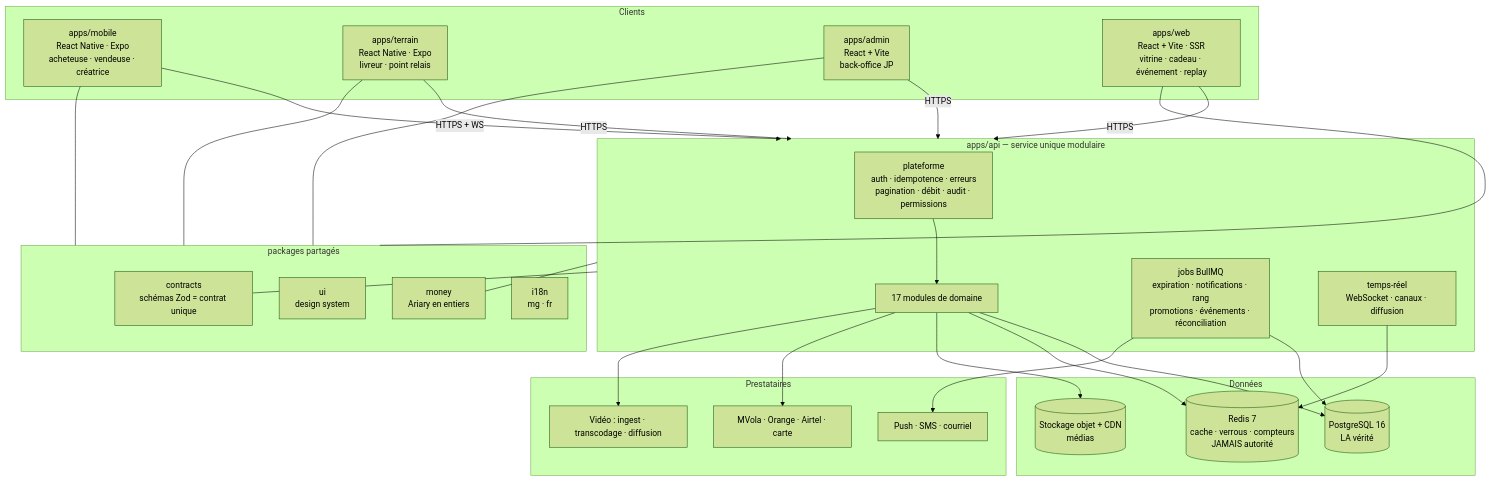
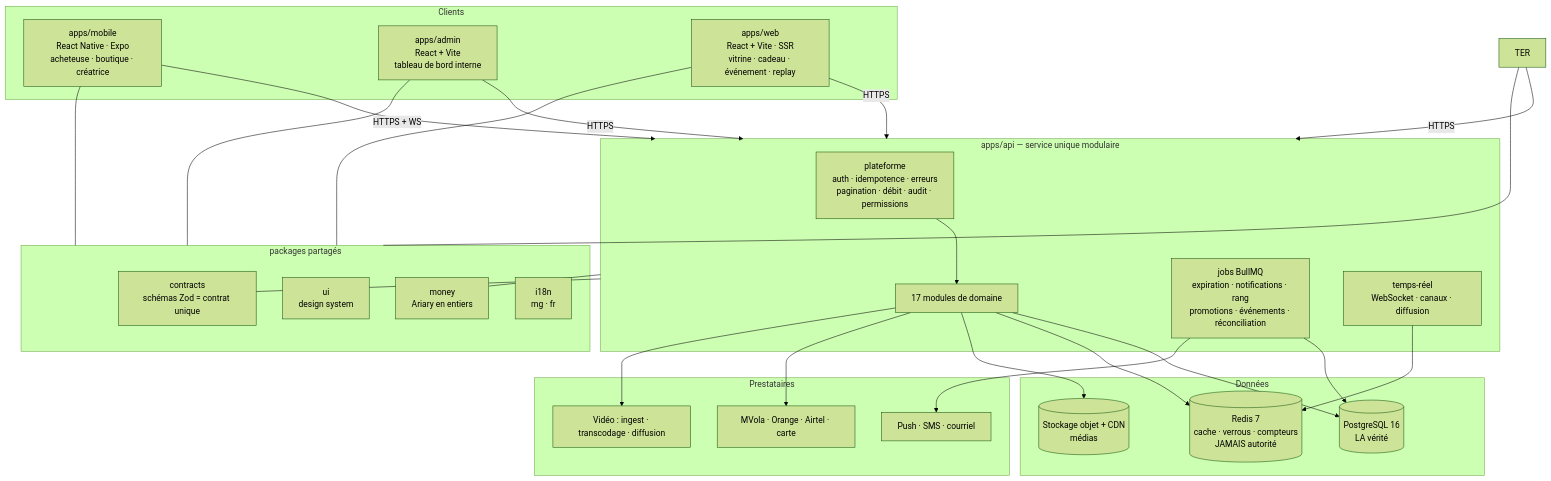
Before and after one commit to andokevin/jp: the first of 4 diagrams in docs/JP_CONCEPTION_APP.md, drawn with Mermaid (forest theme). The commit also changed other lines of this file and 58 other files, not shown here.

````diff
--- a/docs/JP_CONCEPTION_APP.md
+++ b/docs/JP_CONCEPTION_APP.md
@@ -29,55 +29,54 @@
 ```mermaid
 flowchart TB
     subgraph CLIENTS["Clients"]
-        MOB["apps/mobile<br/>React Native · Expo<br/>acheteuse · vendeuse · créatrice"]
-        TER["apps/terrain<br/>React Native · Expo<br/>livreur · point relais"]
-        ADM["apps/admin<br/>React + Vite<br/>back-office JP"]
+        MOB["apps/mobile<br/>React Native · Expo<br/>acheteuse · boutique · créatrice"]
+        ADM["apps/admin<br/>React + Vite<br/>tableau de bord interne"]
         WEB["apps/web<br/>React + Vite · SSR<br/>vitrine · cadeau · événement · replay"]
     end
 
     subgraph PART["packages partagés"]
         CTR["contracts<br/>schémas Zod = contrat unique"]
         UI["ui<br/>design system"]
         MON["money<br/>Ariary en entiers"]
         I18N["i18n<br/>mg · fr"]
     end
 
     subgraph API["apps/api — service unique modulaire"]
         PLAT["plateforme<br/>auth · idempotence · erreurs<br/>pagination · débit · audit · permissions"]
         MODS["17 modules de domaine"]
         JOBS["jobs BullMQ<br/>expiration · notifications · rang<br/>promotions · événements · réconciliation"]
         RT["temps-réel<br/>WebSocket · canaux · diffusion"]
     end
 
     subgraph DATA["Données"]
         PG[("PostgreSQL 16<br/>LA vérité")]
         RD[("Redis 7<br/>cache · verrous · compteurs<br/>JAMAIS autorité")]
         OBJ[("Stockage objet + CDN<br/>médias")]
     end
 
     subgraph EXT["Prestataires"]
         PSP["MVola · Orange · Airtel · carte"]
         VID["Vidéo : ingest · transcodage · diffusion"]
         NOT["Push · SMS · courriel"]
     end
 
     MOB -->|HTTPS + WS| API
     TER -->|HTTPS| API
     ADM -->|HTTPS| API
     WEB -->|HTTPS| API
     MOB --- PART
     TER --- PART
     ADM --- PART
     WEB --- PART
     API --- CTR
     API --- MON
     PLAT --> MODS
     MODS --> PG
     MODS --> RD
     JOBS --> PG
     RT --> RD
     MODS --> OBJ
     MODS --> PSP
     MODS --> VID
     JOBS --> NOT
 ```
````
